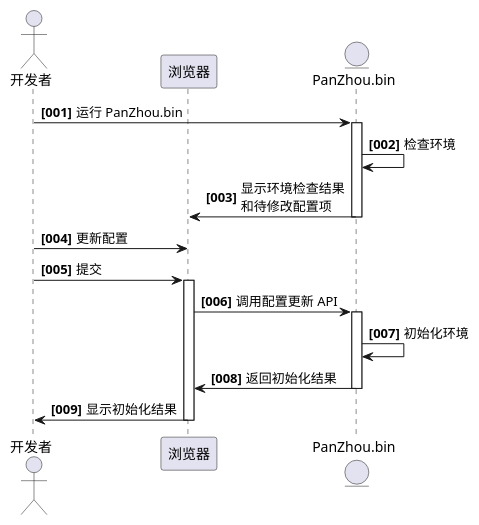
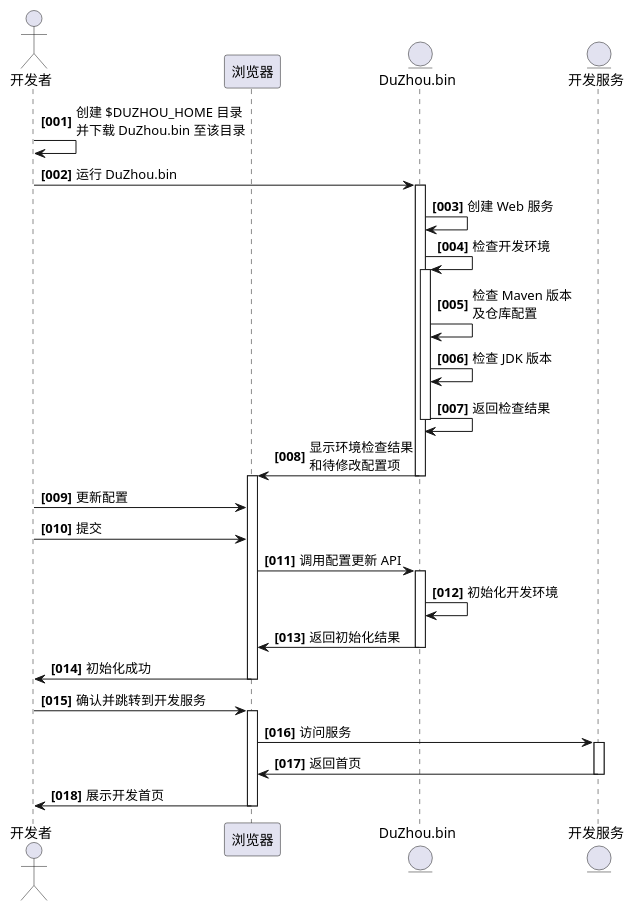
The third of 3 diagrams in docs/100.development/100.design/150.arch.md (crazydan-studio/duzhou.crazydan.io), drawn with PlantUML before and after one commit. The commit also changed other lines of this file, not shown here.

````diff
--- a/docs/100.development/100.design/150.arch.md
+++ b/docs/100.development/100.design/150.arch.md
@@ -167,25 +168,44 @@
 ```plantuml
 autonumber "<b>[000]"
 
 actor "开发者" as user
 participant "浏览器" as browser
-entity "PanZhou.bin" as starter
+entity "DuZhou.bin" as starter
+entity "开发服务" as devserver
 
-user -> starter: 运行 PanZhou.bin
+user -> user: 创建 $DUZHOU_HOME 目录\n并下载 DuZhou.bin 至该目录
+user -> starter: 运行 DuZhou.bin
 activate starter
-  starter -> starter: 检查环境
+  starter -> starter: 创建 Web 服务
+  starter -> starter: 检查开发环境
+  activate starter
+    starter -> starter: 检查 Maven 版本\n及仓库配置
+    starter -> starter: 检查 JDK 版本
+    starter -> starter: 返回检查结果
+  deactivate starter
+
   starter -> browser: 显示环境检查结果\n和待修改配置项
 deactivate starter
 
-user -> browser: 更新配置
-user -> browser: 提交
 activate browser
+  user -> browser: 更新配置
+  user -> browser: 提交
   browser -> starter: 调用配置更新 API
   activate starter
-    starter -> starter: 初始化环境
+    starter -> starter: 初始化开发环境
     starter -> browser: 返回初始化结果
   deactivate starter
 
-  browser -> user: 显示初始化结果
+  browser -> user: 初始化成功
+deactivate browser
+
+user -> browser: 确认并跳转到开发服务
+activate browser
+  browser -> devserver: 访问服务
+  activate devserver
+    devserver -> browser: 返回首页
+  deactivate devserver
+
+  browser -> user: 展示开发首页
 deactivate browser
 ```
````
